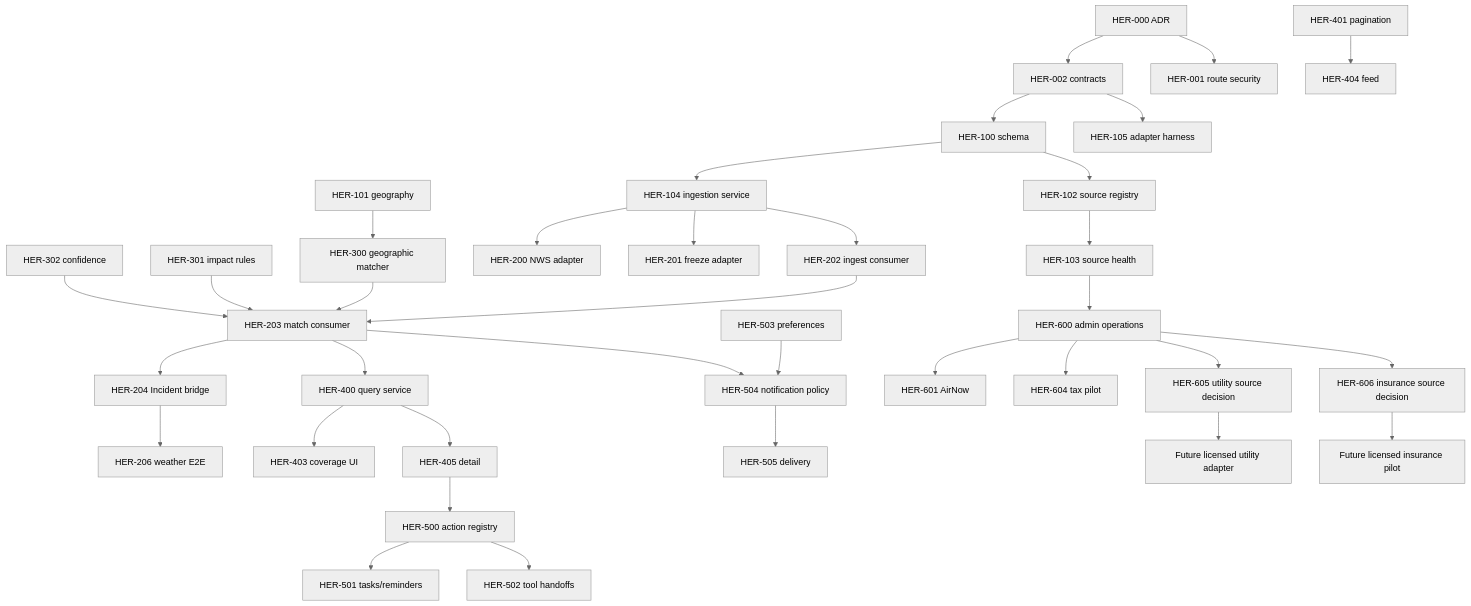
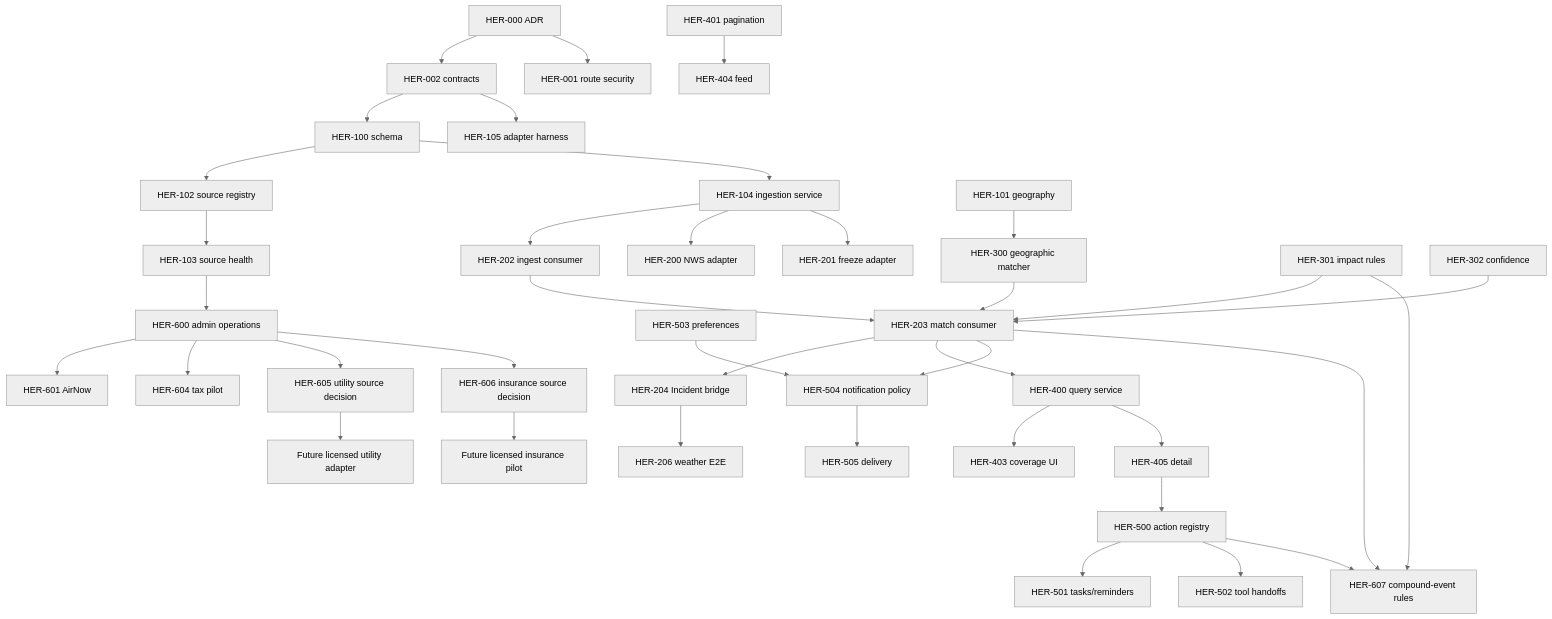
One commit to madhuboyin/contract-to-cozy1 changed the second of 2 diagrams in docs/functional/HOME_EVENT_RADAR_IMPLEMENTATION_PLAN.md. Above: the diagram before and after it, drawn with Mermaid (neutral theme). The commit also changed other lines of this file and 16 other files, not shown here.

Commit message:
Implement HER-607 compound event intelligence

````diff
--- a/docs/functional/HOME_EVENT_RADAR_IMPLEMENTATION_PLAN.md
+++ b/docs/functional/HOME_EVENT_RADAR_IMPLEMENTATION_PLAN.md
@@ -2048,37 +2071,40 @@
 ```mermaid
 flowchart TB
   H000["HER-000 ADR"] --> H002["HER-002 contracts"]
   H000 --> H001["HER-001 route security"]
   H002 --> H100["HER-100 schema"]
   H002 --> H105["HER-105 adapter harness"]
   H100 --> H102["HER-102 source registry"]
   H100 --> H104["HER-104 ingestion service"]
   H101["HER-101 geography"] --> H300["HER-300 geographic matcher"]
   H102 --> H103["HER-103 source health"]
   H104 --> H202["HER-202 ingest consumer"]
   H104 --> H200["HER-200 NWS adapter"]
   H104 --> H201["HER-201 freeze adapter"]
   H202 --> H203["HER-203 match consumer"]
   H300 --> H203
   H301["HER-301 impact rules"] --> H203
   H302["HER-302 confidence"] --> H203
   H203 --> H204["HER-204 Incident bridge"]
   H204 --> H206["HER-206 weather E2E"]
   H203 --> H400["HER-400 query service"]
   H400 --> H403["HER-403 coverage UI"]
   H401["HER-401 pagination"] --> H404["HER-404 feed"]
   H400 --> H405["HER-405 detail"]
   H405 --> H500["HER-500 action registry"]
   H500 --> H501["HER-501 tasks/reminders"]
   H500 --> H502["HER-502 tool handoffs"]
   H503["HER-503 preferences"] --> H504["HER-504 notification policy"]
   H203 --> H504
   H504 --> H505["HER-505 delivery"]
   H103 --> H600["HER-600 admin operations"]
   H600 --> H601["HER-601 AirNow"]
   H600 --> H604["HER-604 tax pilot"]
   H600 --> H605["HER-605 utility source decision"]
   H605 --> H608["Future licensed utility adapter"]
   H600 --> H606["HER-606 insurance source decision"]
   H606 --> H609["Future licensed insurance pilot"]
+  H203 --> H607["HER-607 compound-event rules"]
+  H301 --> H607
+  H500 --> H607
 ```
````
